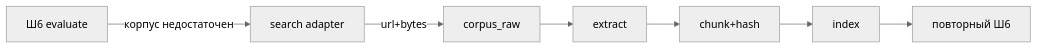
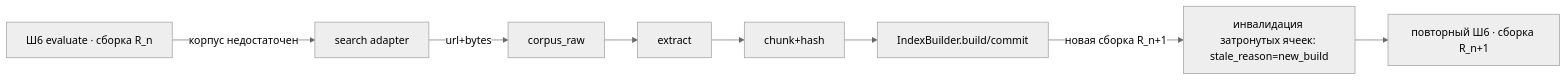
Before and after one commit to drbye78/cohound: the second of 2 diagrams in docs/architecture/02-subsystems.md, drawn with Mermaid (neutral theme). The commit also changed other lines of this file and 5 other files, not shown here.

First line of the commit message:
docs(architecture): integrate review-gate corrections (K1-K7, S1-S13, ADRs 0013-0017)

````diff
--- a/docs/architecture/02-subsystems.md
+++ b/docs/architecture/02-subsystems.md
@@ -311,7 +351,8 @@
 ```mermaid
 flowchart LR
-    Ev[Ш6 evaluate] -->|корпус недостаточен| SA[search adapter]
+    Ev[Ш6 evaluate · сборка R_n] -->|корпус недостаточен| SA[search adapter]
     SA -->|url+bytes| CR[corpus_raw]
-    CR --> EX[extract] --> CH[chunk+hash] --> IX[index]
-    IX --> Ev2[повторный Ш6]
+    CR --> EX[extract] --> CH[chunk+hash] --> IX[IndexBuilder.build/commit]
+    IX -->|новая сборка R_n+1| INV[инвалидация затронутых ячеек: stale_reason=new_build]
+    INV --> Ev2[повторный Ш6 · сборка R_n+1]
 ```
````
